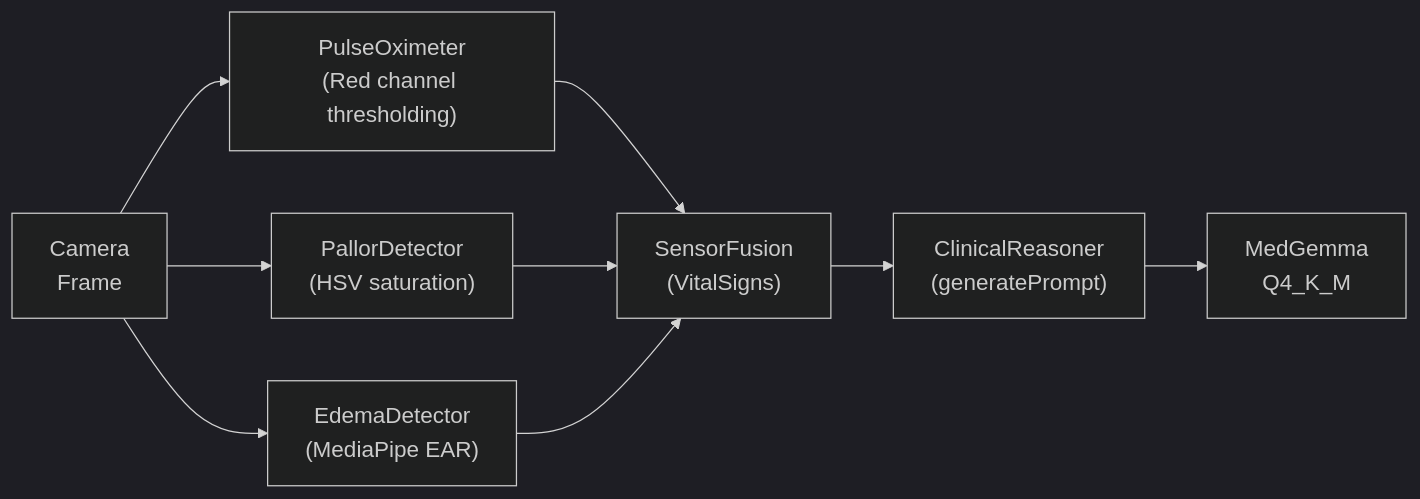
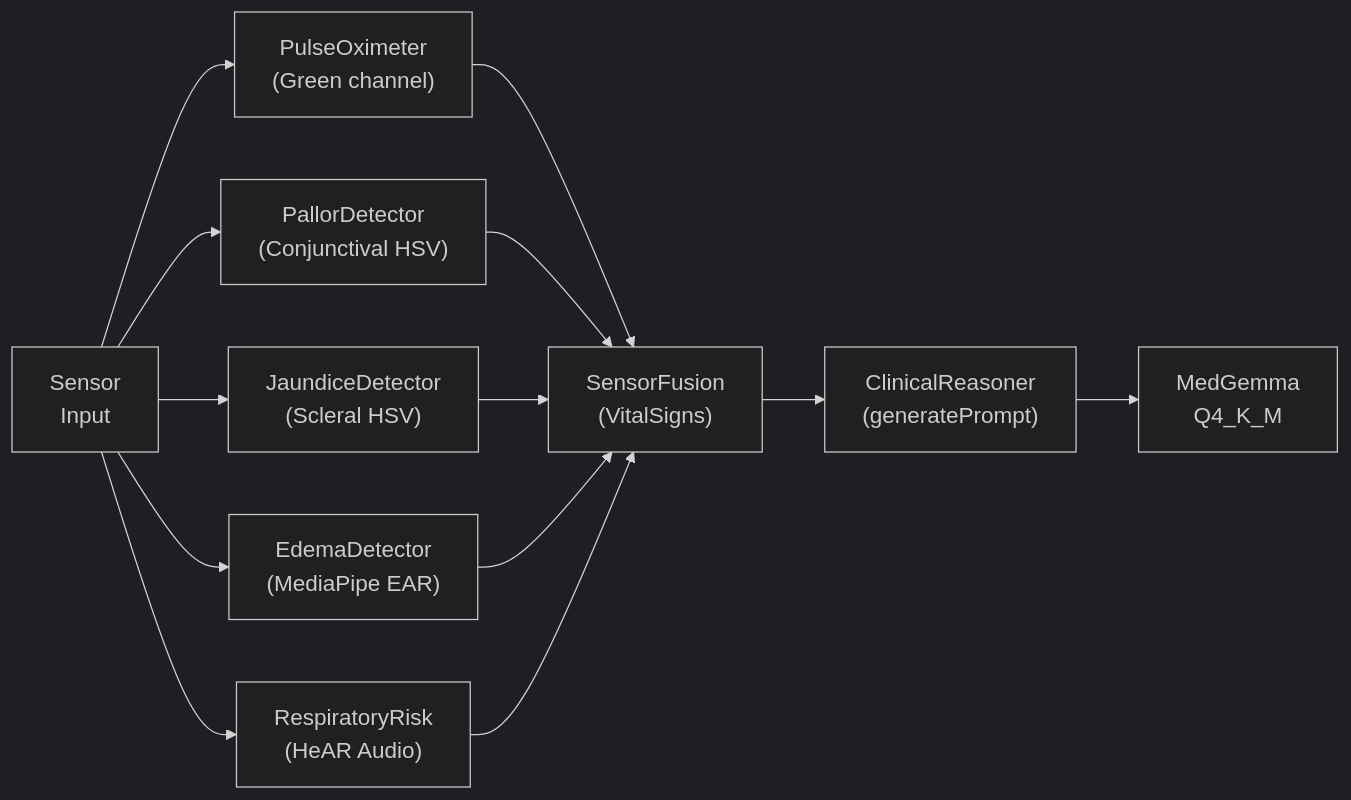
Before and after one commit to Elormyevu/nku-medgemma-conversion: the diagram in kaggle_submission_appendix.md, drawn with Mermaid. The commit also changed other lines of this file, not shown here.

Commit message:
docs: Reflected 5-sensor architecture in appendix diagram and text

````diff
--- a/kaggle_submission_appendix.md
+++ b/kaggle_submission_appendix.md
@@ -752,12 +752,16 @@
 ```mermaid
 %%{init: {'theme':'dark', 'themeVariables':{'fontSize':'18px'}}}%%
 graph LR
-  A[" Camera\nFrame"] --> B["PulseOximeter\n(Red channel thresholding)"]
-  A --> C["PallorDetector\n(HSV saturation)"]
+  A[" Sensor\nInput"] --> B["PulseOximeter\n(Green channel)"]
+  A --> C["PallorDetector\n(Conjunctival HSV)"]
+  A --> J["JaundiceDetector\n(Scleral HSV)"]
   A --> D["EdemaDetector\n(MediaPipe EAR)"]
+  A --> H["RespiratoryRisk\n(HeAR Audio)"]
   B --> E["SensorFusion\n(VitalSigns)"]
   C --> E
+  J --> E
   D --> E
+  H --> E
   E --> F["ClinicalReasoner\n(generatePrompt)"]
   F --> G["MedGemma\nQ4_K_M"]
 ```
````
